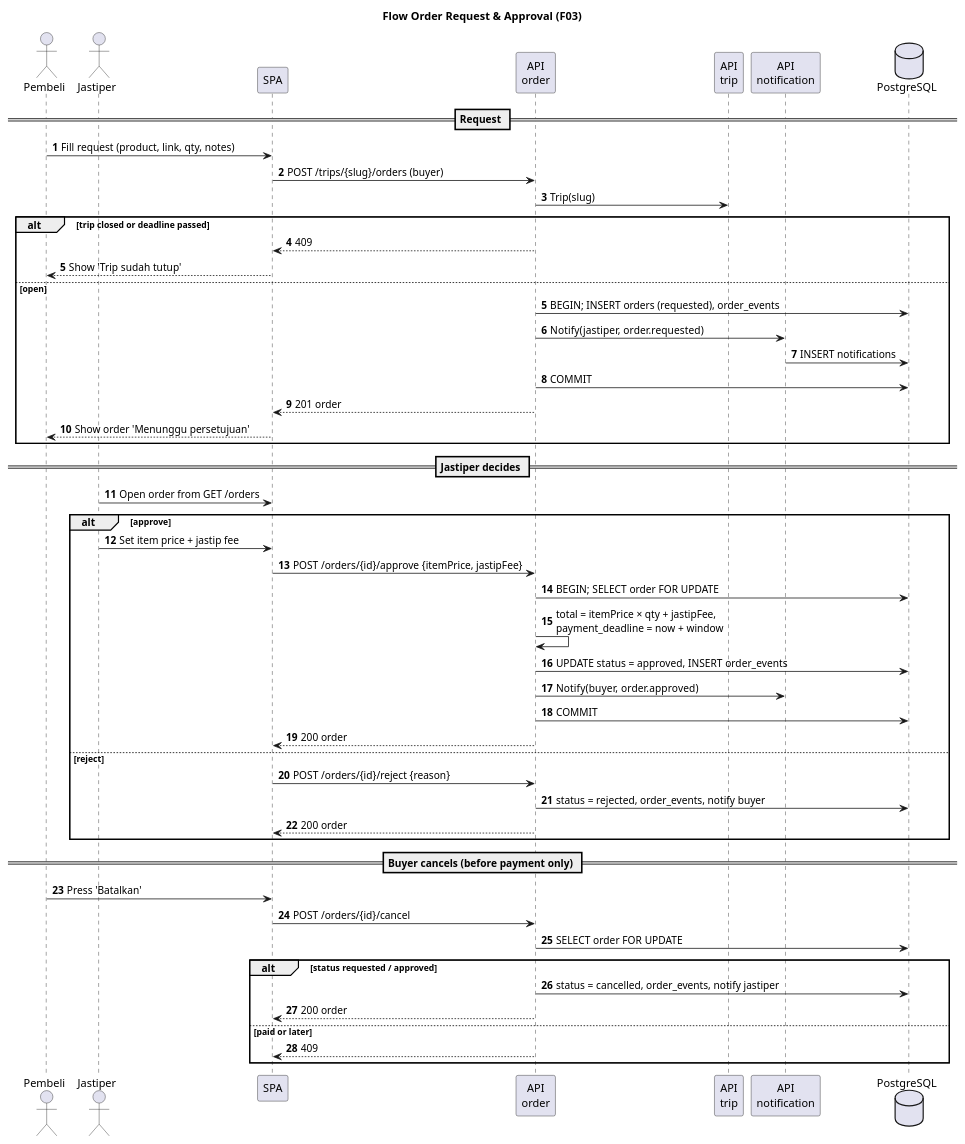
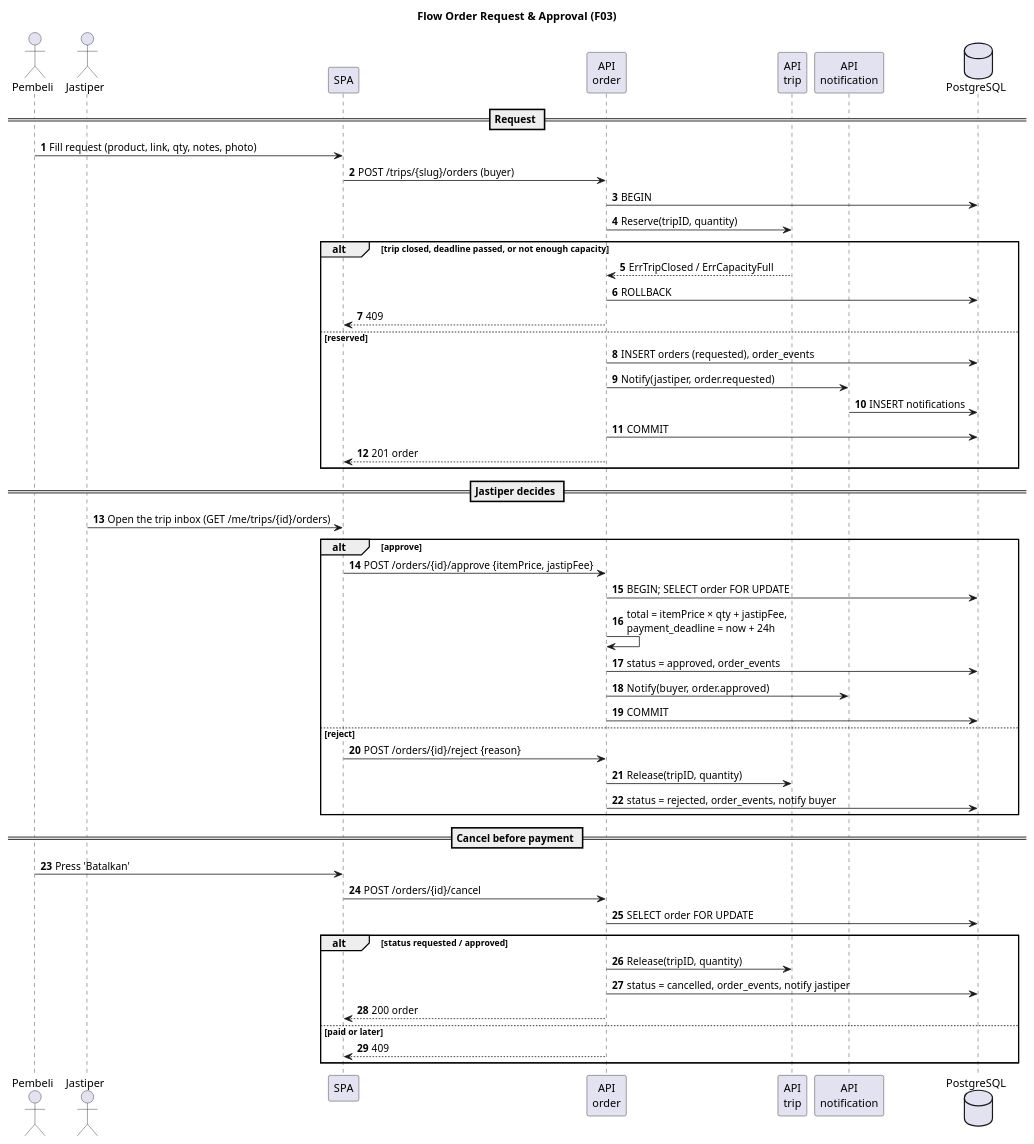
The third of 8 diagrams in docs/features/README.md (Titip-Dong/titipdong-be), drawn with PlantUML before and after one commit. The commit also changed other lines of this file and 11 other files, not shown here.

````diff
--- a/docs/features/README.md
+++ b/docs/features/README.md
@@ -174,64 +137,63 @@
 ```plantuml
 @startuml order
 
 title Flow Order Request & Approval (F03)
 
 actor       "Pembeli"           as buyer
 actor       "Jastiper"          as jas
 participant "SPA"               as fe
 participant "API\norder"        as order
 participant "API\ntrip"         as trip
 participant "API\nnotification" as notif
 database    "PostgreSQL"        as db
 
 autonumber
 == Request ==
-buyer -> fe     : Fill request (product, link, qty, notes)
+buyer -> fe     : Fill request (product, link, qty, notes, photo)
 fe -> order     : POST /trips/{slug}/orders (buyer)
-order -> trip   : Trip(slug)
+order -> db     : BEGIN
+order -> trip   : Reserve(tripID, quantity)
 
-alt trip closed or deadline passed
+alt trip closed, deadline passed, or not enough capacity
+    trip --> order  : ErrTripClosed / ErrCapacityFull
+    order -> db     : ROLLBACK
     order --> fe    : 409
-    fe --> buyer    : Show 'Trip sudah tutup'
-else open
-    autonumber 5
-    order -> db     : BEGIN; INSERT orders (requested), order_events
+else reserved
+    order -> db     : INSERT orders (requested), order_events
     order -> notif  : Notify(jastiper, order.requested)
     notif -> db     : INSERT notifications
     order -> db     : COMMIT
     order --> fe    : 201 order
-    fe --> buyer    : Show order 'Menunggu persetujuan'
 end
 
 == Jastiper decides ==
-jas -> fe       : Open order from GET /orders
+jas -> fe       : Open the trip inbox (GET /me/trips/{id}/orders)
 
 alt approve
-    jas -> fe       : Set item price + jastip fee
     fe -> order     : POST /orders/{id}/approve {itemPrice, jastipFee}
     order -> db     : BEGIN; SELECT order FOR UPDATE
-    order -> order  : total = itemPrice × qty + jastipFee,\npayment_deadline = now + window
-    order -> db     : UPDATE status = approved, INSERT order_events
+    order -> order  : total = itemPrice × qty + jastipFee,\npayment_deadline = now + 24h
+    order -> db     : status = approved, order_events
     order -> notif  : Notify(buyer, order.approved)
     order -> db     : COMMIT
-    order --> fe    : 200 order
 else reject
     fe -> order     : POST /orders/{id}/reject {reason}
+    order -> trip   : Release(tripID, quantity)
     order -> db     : status = rejected, order_events, notify buyer
-    order --> fe    : 200 order
 end
 
-== Buyer cancels (before payment only) ==
+== Cancel before payment ==
 buyer -> fe     : Press 'Batalkan'
 fe -> order     : POST /orders/{id}/cancel
 order -> db     : SELECT order FOR UPDATE
 
 alt status requested / approved
+    order -> trip   : Release(tripID, quantity)
     order -> db     : status = cancelled, order_events, notify jastiper
     order --> fe    : 200 order
 else paid or later
     order --> fe    : 409
 end
 
 @enduml
 ```
````
